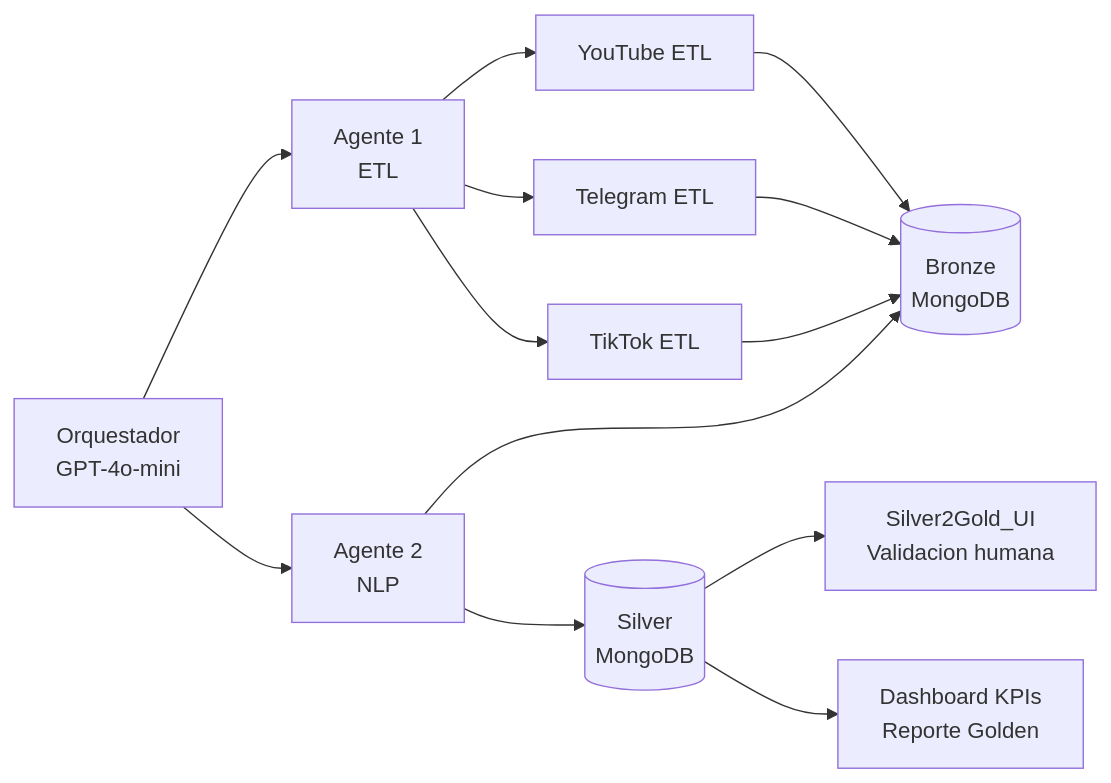
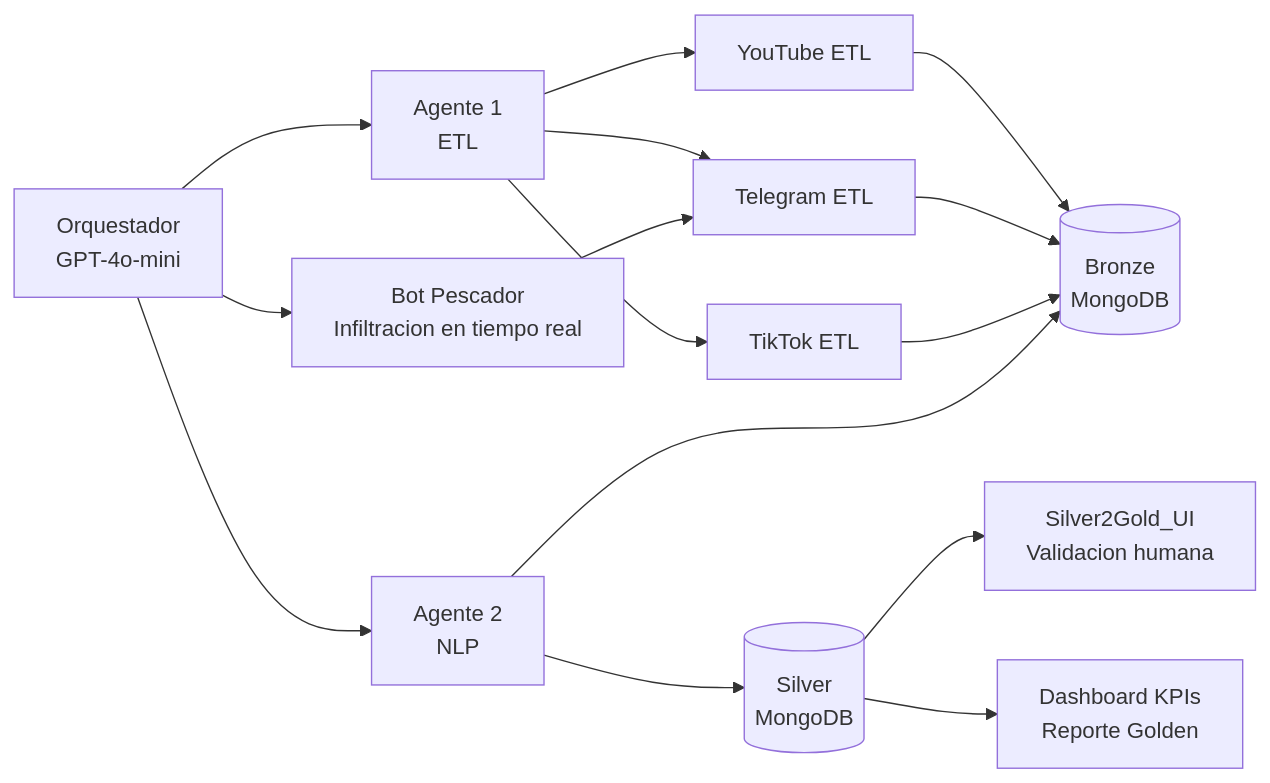
The diagram in README.md (startuplab-mx/HCKMX26-1776750033), drawn with Mermaid before and after one commit. The commit also changed other lines of this file, not shown here.

Commit message:
README: impacto real, bot infiltrado, descripcion operativa

````diff
--- a/README.md
+++ b/README.md
@@ -49,19 +51,22 @@
 ```mermaid
 flowchart LR
     A[Orquestador\nGPT-4o-mini] --> B[Agente 1\nETL]
     A --> C[Agente 2\nNLP]
+    A --> P[Bot Pescador\nInfiltracion en tiempo real]
 
     B --> B1[YouTube ETL]
     B --> B2[Telegram ETL]
     B --> B3[TikTok ETL]
+
+    P --> B2
 
     B1 --> D[(Bronze\nMongoDB)]
     B2 --> D
     B3 --> D
 
     C --> D
     C --> E[(Silver\nMongoDB)]
 
     E --> F[Silver2Gold_UI\nValidacion humana]
     E --> G[Dashboard KPIs\nReporte Golden]
 ```
````
